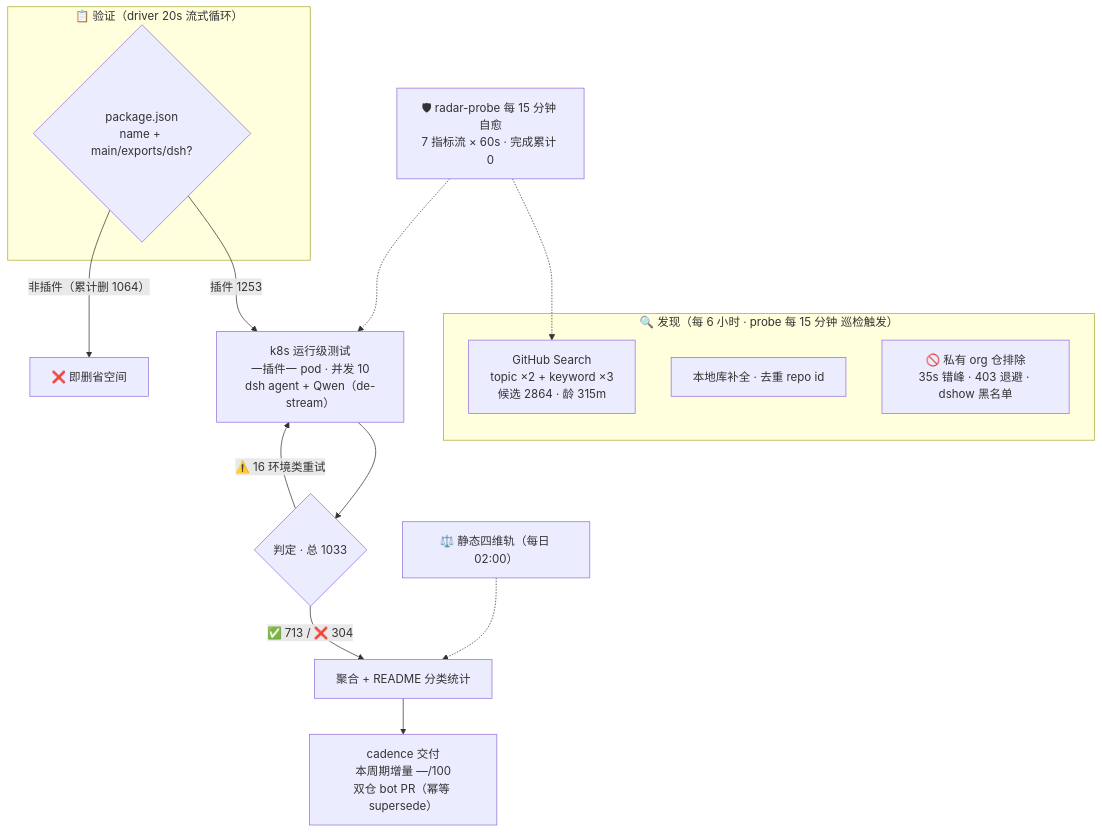
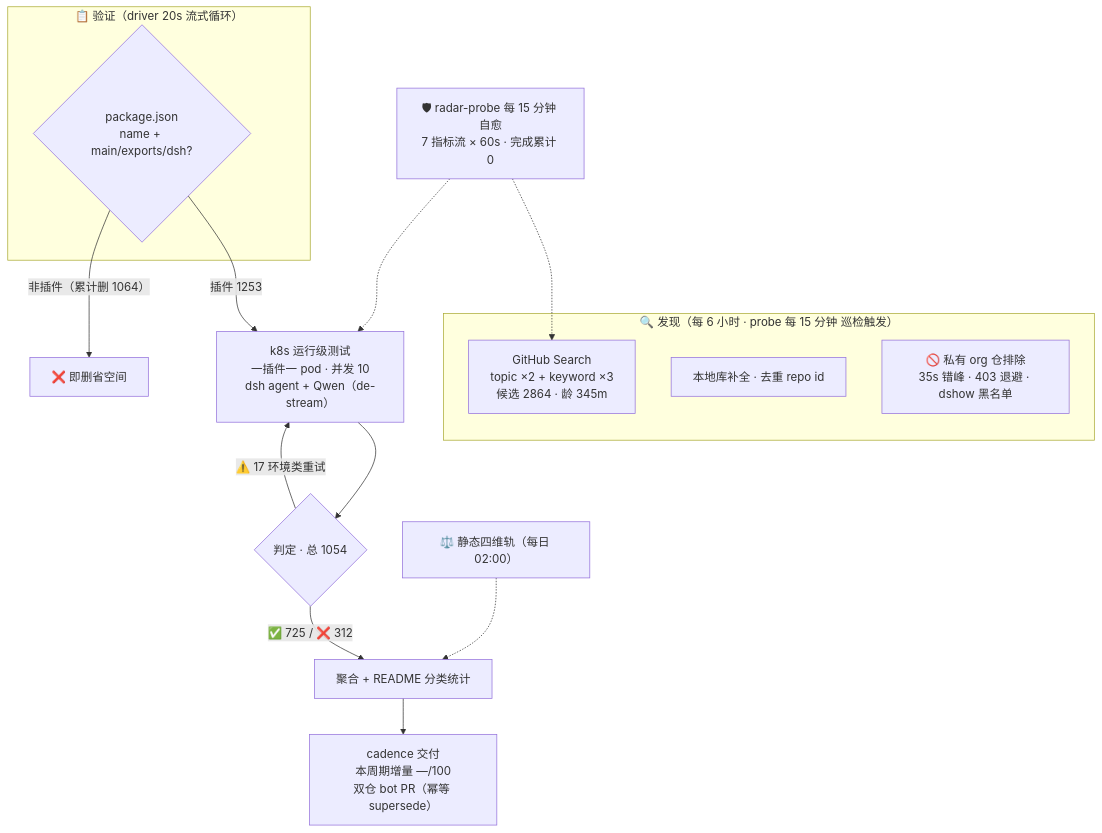
One commit to Zhidao-Lab-OSS/awesome-dsh-plugins changed the diagram in README.md. Above: the diagram before and after it, drawn with Mermaid. The commit also changed other lines of this file and 1 other file, not shown here.

````diff
--- a/README.md
+++ b/README.md
@@ -32,20 +32,20 @@
 ```mermaid
 flowchart TB
     subgraph Discovery["🔍 发现（每 6 小时 · probe 每 15 分钟 巡检触发）"]
-        A1["GitHub Search<br/>topic ×2 + keyword ×3<br/>候选 2864 · 龄 315m"]
+        A1["GitHub Search<br/>topic ×2 + keyword ×3<br/>候选 2864 · 龄 345m"]
         A2["本地库补全 · 去重 repo id"]
         A3["🚫 私有 org 仓排除<br/>35s 错峰 · 403 退避 · dshow 黑名单"]
     end
     subgraph Validation["📋 验证（driver 20s 流式循环）"]
         B1{"package.json<br/>name + main/exports/dsh?"}
     end
     B1 -->|"插件 1253"| C1["k8s 运行级测试<br/>一插件一 pod · 并发 10<br/>dsh agent + Qwen（de-stream）"]
     B1 -->|"非插件（累计删 1064）"| B3["❌ 即删省空间"]
-    C1 --> D1{"判定 · 总 1033"}
-    D1 -->|"✅ 713 / ❌ 304"| E1["聚合 + README 分类统计"]
-    D1 -->|"⚠️ 16 环境类重试"| C1
+    C1 --> D1{"判定 · 总 1054"}
+    D1 -->|"✅ 725 / ❌ 312"| E1["聚合 + README 分类统计"]
+    D1 -->|"⚠️ 17 环境类重试"| C1
     E1 --> E2["cadence 交付<br/>本周期增量 —/100<br/>双仓 bot PR（幂等 supersede）"]
     S["⚖️ 静态四维轨（每日 02:00）"] -.-> E1
     M["🛡 radar-probe 每 15 分钟 自愈<br/>7 指标流 × 60s · 完成累计 0"] -.-> A1
     M -.-> C1
 ```
````
